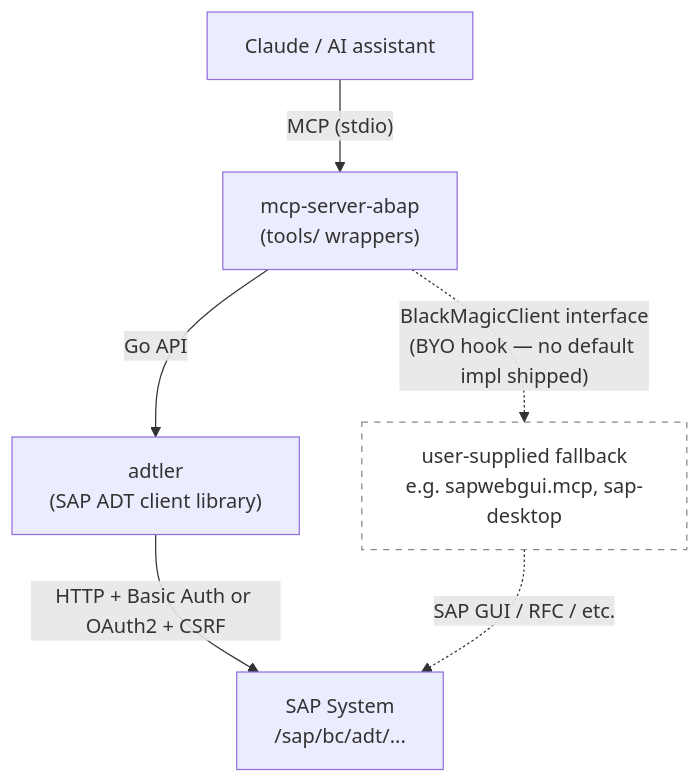
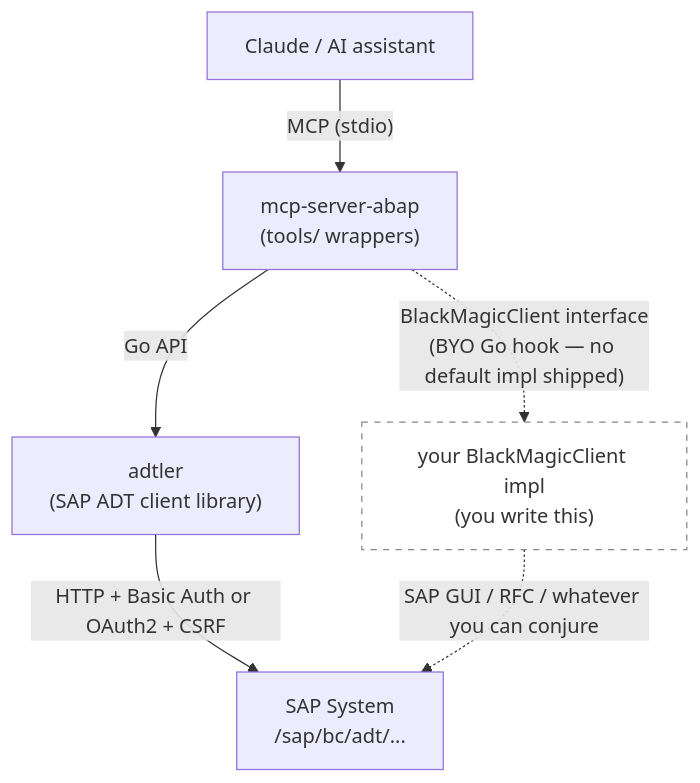
Before and after one commit to Hochfrequenz/aibap.mcp: the diagram in README.md, drawn with Mermaid. The commit also changed other lines of this file, not shown here.

Commit message:
docs(readme): stop conflating sapwebgui.mcp with BlackMagicClient
sapwebgui.mcp is a peer MCP the agent calls directly, not a drop-in
impl of the BlackMagicClient Go interface. The previous wording
("ready-made incarnation") implied otherwise.

- Diagram: label the dashed sink "your BlackMagicClient impl (you
  write this)" instead of listing sapwebgui.mcp/sap-desktop as
  examples under it.
- Prose: BlackMagic is now clearly a Go interface you implement
  yourself; sapwebgui.mcp is mentioned as a *separate* sidestep
  (peer MCP, not plugged into the hook), not as a satisfier of it.

````diff
--- a/README.md
+++ b/README.md
@@ -19,10 +19,10 @@
 ```mermaid
 graph TD
     A["Claude / AI assistant"] -->|"MCP (stdio)"| B["mcp-server-abap<br/>(tools/ wrappers)"]
     B -->|"Go API"| C["adtler<br/>(SAP ADT client library)"]
     C -->|"HTTP + Basic Auth or OAuth2 + CSRF"| D["SAP System<br/>/sap/bc/adt/..."]
-    B -.->|"BlackMagicClient interface<br/>(BYO hook — no default impl shipped)"| E["user-supplied fallback<br/>e.g. sapwebgui.mcp, sap-desktop"]
-    E -.->|"SAP GUI / RFC / etc."| D
+    B -.->|"BlackMagicClient interface<br/>(BYO Go hook — no default impl shipped)"| E["your BlackMagicClient impl<br/>(you write this)"]
+    E -.->|"SAP GUI / RFC / whatever you can conjure"| D
 
     style E fill:#fff,stroke:#888,stroke-dasharray: 5 5
 ```
````
